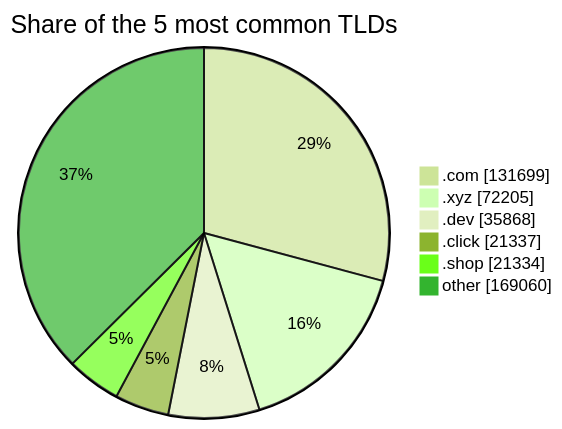
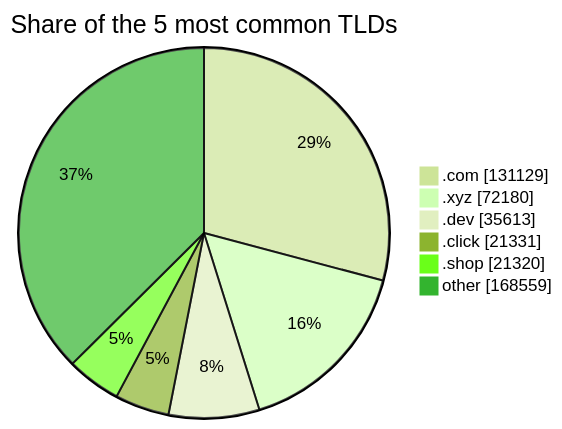
The third of 3 diagrams in README.md (DNSBunker/CTI), drawn with Mermaid (forest theme) before and after one commit. The commit also changed other lines of this file and 3 other files, not shown here.

````diff
--- a/README.md
+++ b/README.md
@@ -81,9 +81,9 @@
 ```mermaid
 pie showData title Share of the 5 most common TLDs
-    ".com" : 131699
-    ".xyz" : 72205
-    ".dev" : 35868
-    ".click" : 21337
-    ".shop" : 21334
-    "other" : 169060
+    ".com" : 131129
+    ".xyz" : 72180
+    ".dev" : 35613
+    ".click" : 21331
+    ".shop" : 21320
+    "other" : 168559
 ```
````
